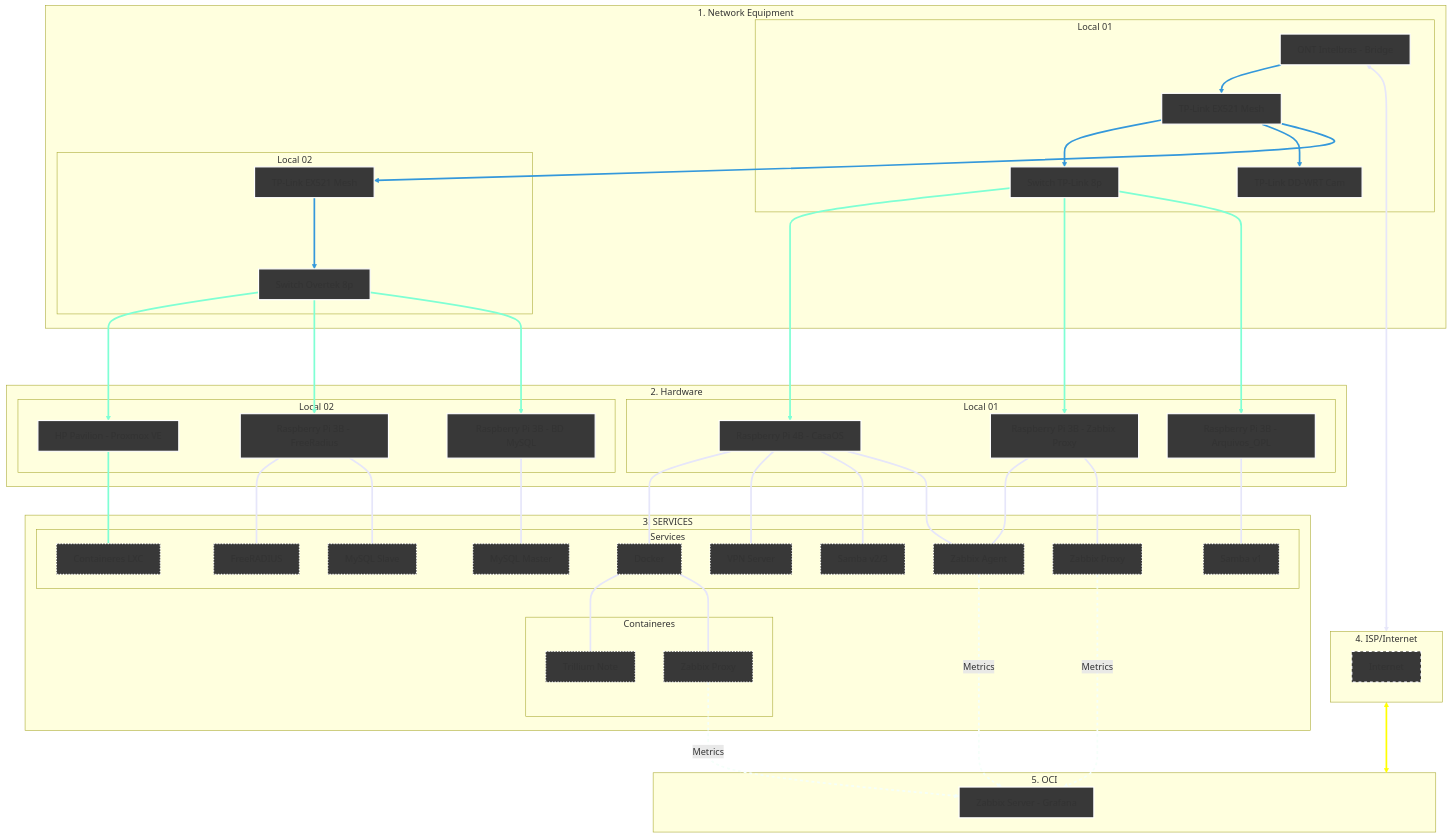
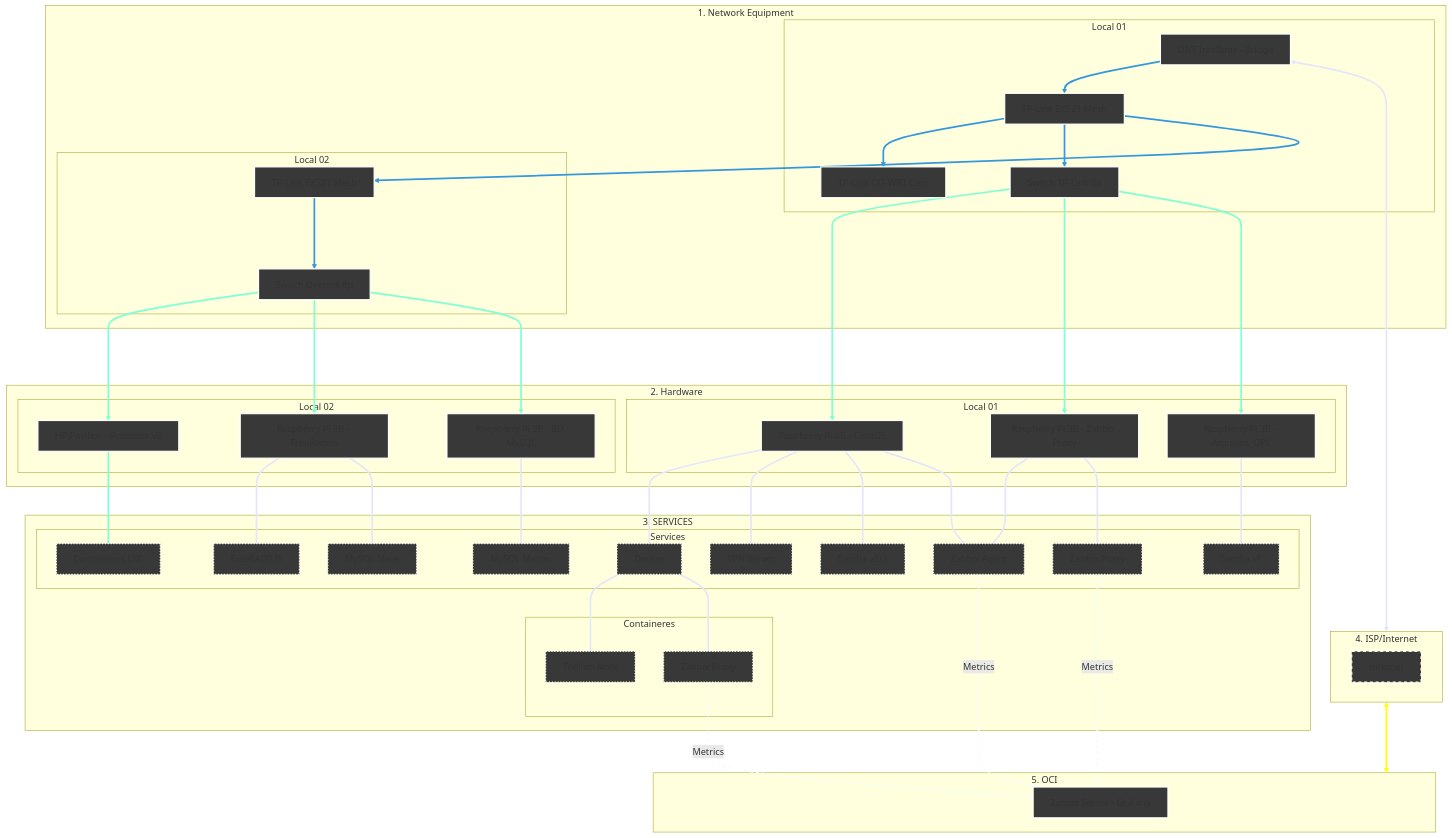
Before and after one commit to kevindexter22/Dr-Hardware-Autonet: the diagram in Infrastructure/README.md, drawn with Mermaid.

Commit message:
Update network diagram in README.md

```diff
--- a/Infrastructure/README.md
+++ b/Infrastructure/README.md
@@ -23,12 +23,12 @@
     subgraph Principal["1. Network Equipment"]
     subgraph S1 [Local 01]
         ONT[ONT Intelbras - Bridge]:::network --> R_Mesh1[TP-Link EX521 Mesh]:::network
+        R_Mesh1 --> R_Cams[TP-Link DD-WRT Cam]:::network
         R_Mesh1 --> SW1[Switch TP-Link 8p]:::network
-        R_Mesh1 --> R_Cams[TP-Link DD-WRT Cam]:::network 
     end
     subgraph S2 [Local 02]
+        R_Mesh2 ---> SW2[Switch Overtek 8p]:::network  
         R_Mesh1 --> R_Mesh2[TP-Link EX521 Mesh]:::network
-        R_Mesh2 ---> SW2[Switch Overtek 8p]:::network  
     end
     end
     
```
